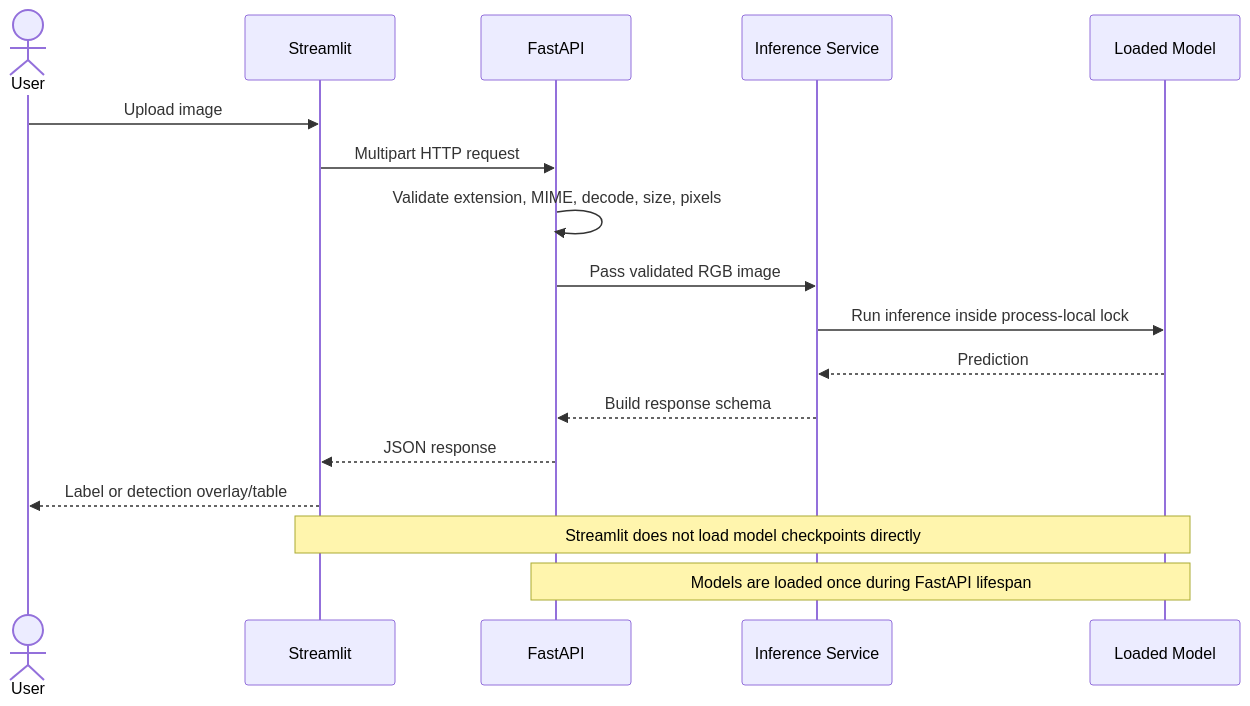
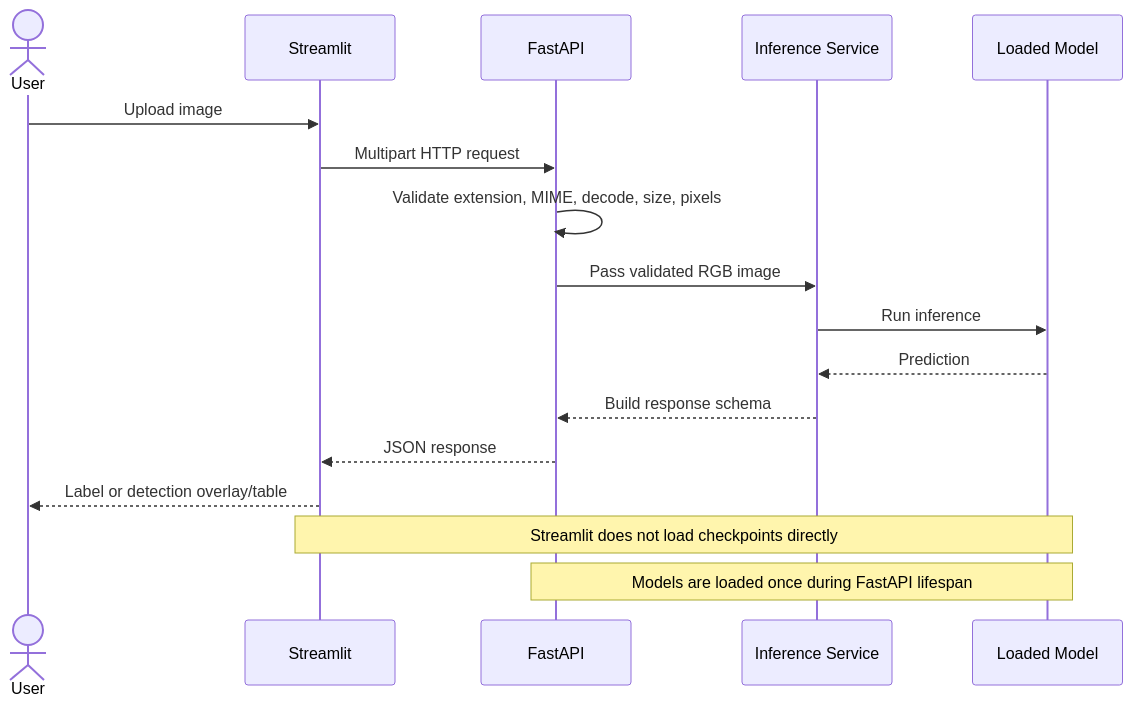
One commit to lightleaping/manufacturing-vision-defect-analysis-system changed the second of 2 diagrams in README.md. Above: the diagram before and after it, drawn with Mermaid. The commit also changed other lines of this file and 1 other file, not shown here.

````diff
--- a/README.md
+++ b/README.md
@@ -98,21 +209,21 @@
 ```mermaid
 sequenceDiagram
     actor User
     participant ST as Streamlit
     participant API as FastAPI
     participant Service as Inference Service
     participant Model as Loaded Model
 
     User->>ST: Upload image
     ST->>API: Multipart HTTP request
     API->>API: Validate extension, MIME, decode, size, pixels
     API->>Service: Pass validated RGB image
-    Service->>Model: Run inference inside process-local lock
+    Service->>Model: Run inference
     Model-->>Service: Prediction
     Service-->>API: Build response schema
     API-->>ST: JSON response
     ST-->>User: Label or detection overlay/table
 
-    Note over ST,Model: Streamlit does not load model checkpoints directly
+    Note over ST,Model: Streamlit does not load checkpoints directly
     Note over API,Model: Models are loaded once during FastAPI lifespan
 ```
````
